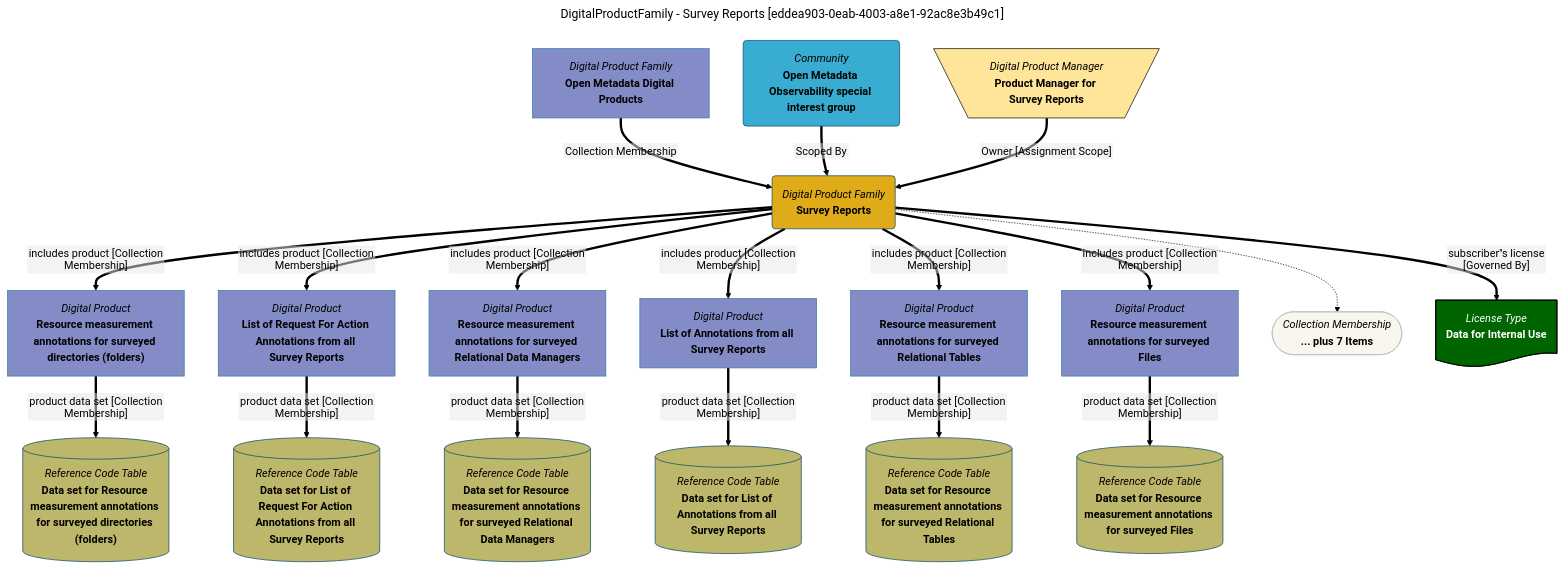
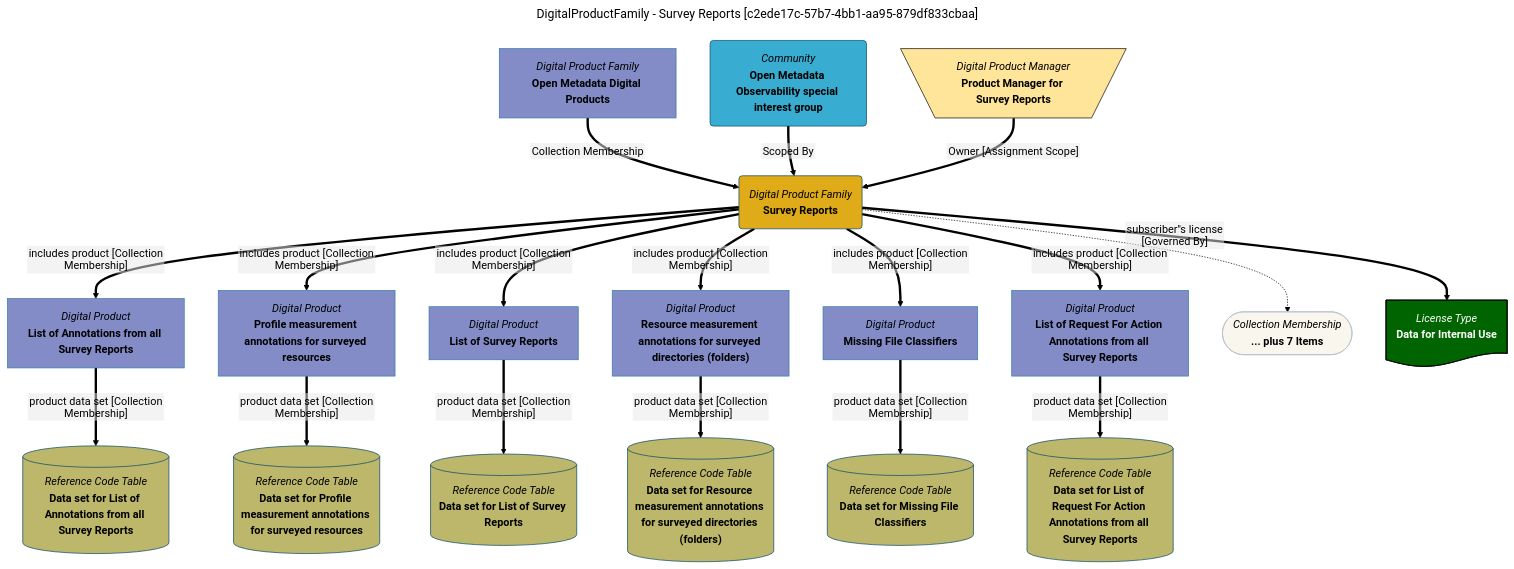
Before and after one commit to odpi/egeria-docs: the diagram in site/snippets/collections/digital-products/survey-reports-mermaid-graph.md, drawn with Mermaid (forest theme). The commit also changed 2201 other files, not shown here.

````diff
--- a/site/snippets/collections/digital-products/survey-reports-mermaid-graph.md
+++ b/site/snippets/collections/digital-products/survey-reports-mermaid-graph.md
@@ -1,79 +1,79 @@
 ```mermaid
 ---
-title: DigitalProductFamily - Survey Reports [eddea903-0eab-4003-a8e1-92ac8e3b49c1]
+title: DigitalProductFamily - Survey Reports [c2ede17c-57b7-4bb1-aa95-879df833cbaa]
 ---
 flowchart TD
 %%{init: {"flowchart": {"htmlLabels": false}} }%%
 
 1@{ shape: rounded, label: "*Digital Product Family*
 **Survey Reports**"}
 2@{ shape: rect, label: "*Digital Product Family*
 **Open Metadata Digital Products**"}
 2==>|"Collection Membership"|1
 3@{ shape: rect, label: "*Digital Product*
-**Resource measurement annotations for surveyed directories (folders)**"}
+**List of Annotations from all Survey Reports**"}
 1==>|"includes product [Collection Membership]"|3
 4@{ shape: cyl, label: "*Reference Code Table*
-**Data set for Resource measurement annotations for surveyed directories (folders)**"}
+**Data set for List of Annotations from all Survey Reports**"}
 3==>|"product data set [Collection Membership]"|4
 5@{ shape: rect, label: "*Digital Product*
-**List of Request For Action Annotations from all Survey Reports**"}
+**Profile measurement annotations for surveyed resources**"}
 1==>|"includes product [Collection Membership]"|5
 6@{ shape: cyl, label: "*Reference Code Table*
-**Data set for List of Request For Action Annotations from all Survey Reports**"}
+**Data set for Profile measurement annotations for surveyed resources**"}
 5==>|"product data set [Collection Membership]"|6
 7@{ shape: rect, label: "*Digital Product*
-**Resource measurement annotations for surveyed Relational Data Managers**"}
+**List of Survey Reports**"}
 1==>|"includes product [Collection Membership]"|7
 8@{ shape: cyl, label: "*Reference Code Table*
-**Data set for Resource measurement annotations for surveyed Relational Data Managers**"}
+**Data set for List of Survey Reports**"}
 7==>|"product data set [Collection Membership]"|8
 9@{ shape: rect, label: "*Digital Product*
-**List of Annotations from all Survey Reports**"}
+**Resource measurement annotations for surveyed directories (folders)**"}
 1==>|"includes product [Collection Membership]"|9
 10@{ shape: cyl, label: "*Reference Code Table*
-**Data set for List of Annotations from all Survey Reports**"}
+**Data set for Resource measurement annotations for surveyed directories (folders)**"}
 9==>|"product data set [Collection Membership]"|10
 11@{ shape: rect, label: "*Digital Product*
-**Resource measurement annotations for surveyed Relational Tables**"}
+**Missing File Classifiers**"}
 1==>|"includes product [Collection Membership]"|11
 12@{ shape: cyl, label: "*Reference Code Table*
-**Data set for Resource measurement annotations for surveyed Relational Tables**"}
+**Data set for Missing File Classifiers**"}
 11==>|"product data set [Collection Membership]"|12
 13@{ shape: rect, label: "*Digital Product*
-**Resource measurement annotations for surveyed Files**"}
+**List of Request For Action Annotations from all Survey Reports**"}
 1==>|"includes product [Collection Membership]"|13
 14@{ shape: cyl, label: "*Reference Code Table*
-**Data set for Resource measurement annotations for surveyed Files**"}
+**Data set for List of Request For Action Annotations from all Survey Reports**"}
 13==>|"product data set [Collection Membership]"|14
 15@{ shape: stadium, label: "*Collection Membership*
 **... plus 7 Items**"}
 1-.->15
 16@{ shape: rounded, label: "*Community*
 **Open Metadata Observability special interest group**"}
 16==>|"Scoped By"|1
 17@{ shape: trap-t, label: "*Digital Product Manager*
 **Product Manager for Survey Reports**"}
 17==>|"Owner [Assignment Scope]"|1
 18@{ shape: doc, label: "*License Type*
 **Data for Internal Use**"}
 1==>|"subscriber''s license [Governed By]"|18
 style 11 color:#000000, fill:#838cc7, stroke:#3079ab
-style 12 color:#000000, fill:#bdb76b, stroke:#004563
+style 12 color:#000000, fill:#BDB76B, stroke:#004563
 style 13 color:#000000, fill:#838cc7, stroke:#3079ab
-style 14 color:#000000, fill:#bdb76b, stroke:#004563
+style 14 color:#000000, fill:#BDB76B, stroke:#004563
 style 15 color:#000000, fill:#F9F7ED, stroke:#b7c0c7
 style 16 color:#000000, fill:#39add1, stroke:#004563
 style 17 color:#000000, fill:#FFE599, stroke:#000000
 style 18 color:#FFFFFF, fill:#006400, stroke:#000000
 style 1 color:#000000, fill:#e0ab18, stroke:#004563
 style 2 color:#000000, fill:#838cc7, stroke:#3079ab
 style 3 color:#000000, fill:#838cc7, stroke:#3079ab
-style 4 color:#000000, fill:#bdb76b, stroke:#004563
+style 4 color:#000000, fill:#BDB76B, stroke:#004563
 style 5 color:#000000, fill:#838cc7, stroke:#3079ab
-style 6 color:#000000, fill:#bdb76b, stroke:#004563
+style 6 color:#000000, fill:#BDB76B, stroke:#004563
 style 7 color:#000000, fill:#838cc7, stroke:#3079ab
-style 8 color:#000000, fill:#bdb76b, stroke:#004563
+style 8 color:#000000, fill:#BDB76B, stroke:#004563
 style 9 color:#000000, fill:#838cc7, stroke:#3079ab
-style 10 color:#000000, fill:#bdb76b, stroke:#004563
+style 10 color:#000000, fill:#BDB76B, stroke:#004563
 ```
````
